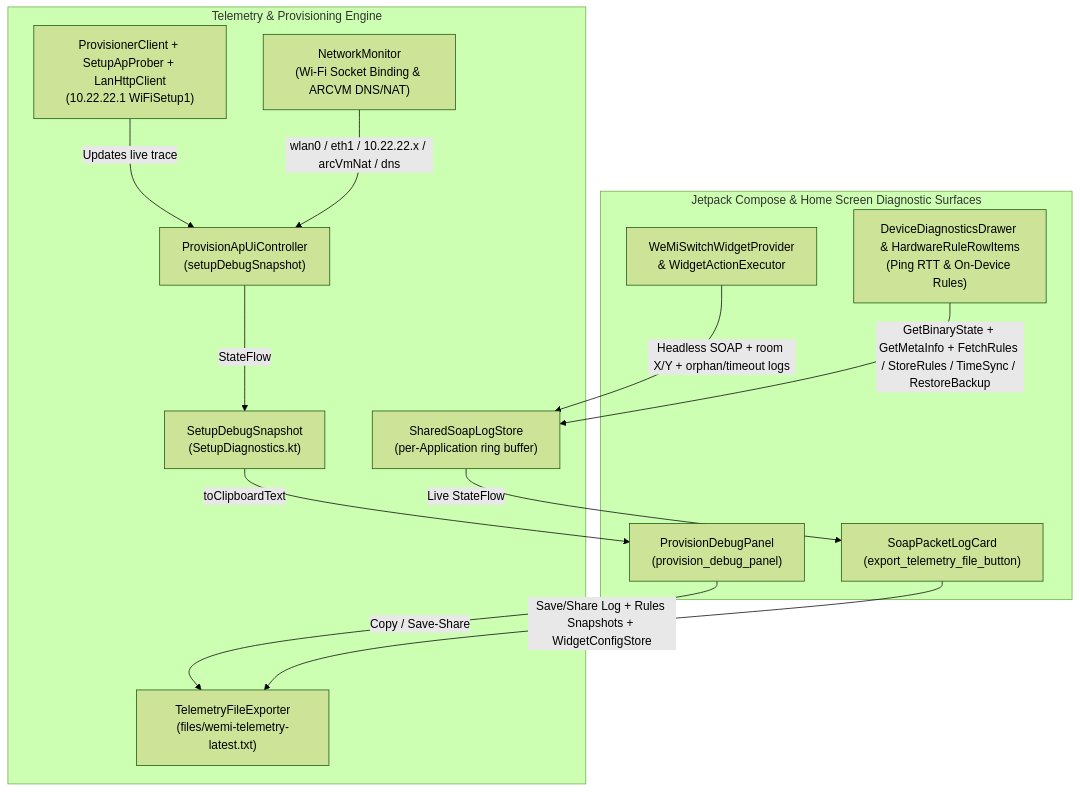
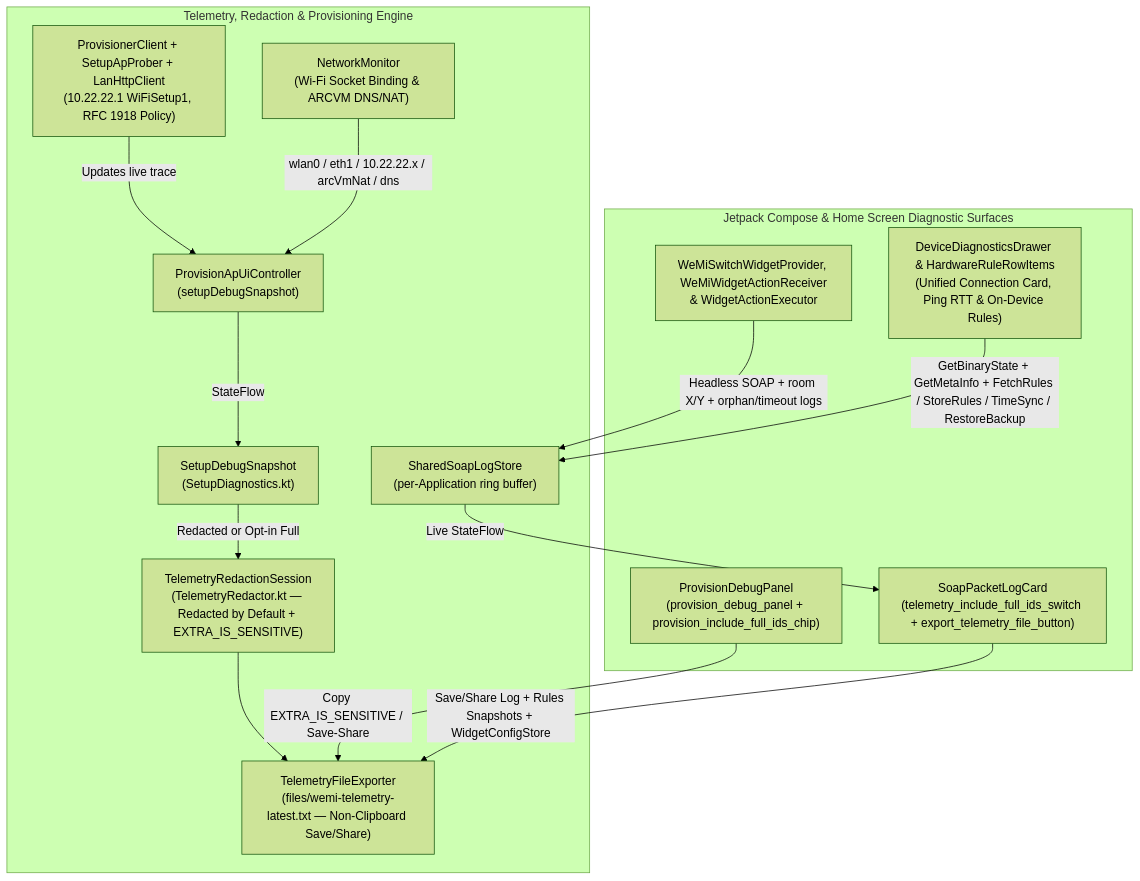
Before and after one commit to MichaelRHead/WeMi-light-control: the diagram in DEBUGGING_AND_SUPPORT.md, drawn with Mermaid (forest theme). The commit also changed other lines of this file and 20 other files, not shown here.

First line of the commit message:
fix(telemetry): harden redaction, reset cleanup, and v37 docs

````diff
--- a/DEBUGGING_AND_SUPPORT.md
+++ b/DEBUGGING_AND_SUPPORT.md
@@ -42,28 +45,30 @@
 ```mermaid
 flowchart TD
     subgraph UI["Jetpack Compose & Home Screen Diagnostic Surfaces"]
-        P["ProvisionDebugPanel\n(provision_debug_panel)"]
-        M["SoapPacketLogCard\n(export_telemetry_file_button)"]
-        D["DeviceDiagnosticsDrawer & HardwareRuleRowItems\n(Ping RTT & On-Device Rules)"]
-        W["WeMiSwitchWidgetProvider\n& WidgetActionExecutor"]
+        P["ProvisionDebugPanel\n(provision_debug_panel + provision_include_full_ids_chip)"]
+        M["SoapPacketLogCard\n(telemetry_include_full_ids_switch + export_telemetry_file_button)"]
+        D["DeviceDiagnosticsDrawer & HardwareRuleRowItems\n(Unified Connection Card, Ping RTT & On-Device Rules)"]
+        W["WeMiSwitchWidgetProvider, WeMiWidgetActionReceiver\n& WidgetActionExecutor"]
     end
 
-    subgraph Core["Telemetry & Provisioning Engine"]
+    subgraph Core["Telemetry, Redaction & Provisioning Engine"]
         U["ProvisionApUiController\n(setupDebugSnapshot)"]
         S["SetupDebugSnapshot\n(SetupDiagnostics.kt)"]
+        R["TelemetryRedactionSession\n(TelemetryRedactor.kt — Redacted by Default + EXTRA_IS_SENSITIVE)"]
         L["SharedSoapLogStore\n(per-Application ring buffer)"]
-        E["TelemetryFileExporter\n(files/wemi-telemetry-latest.txt)"]
-        C["ProvisionerClient + SetupApProber + LanHttpClient\n(10.22.22.1 WiFiSetup1)"]
+        E["TelemetryFileExporter\n(files/wemi-telemetry-latest.txt — Non-Clipboard Save/Share)"]
+        C["ProvisionerClient + SetupApProber + LanHttpClient\n(10.22.22.1 WiFiSetup1, RFC 1918 Policy)"]
         N["NetworkMonitor\n(Wi-Fi Socket Binding & ARCVM DNS/NAT)"]
     end
 
     C -->|Updates live trace| U
     N -->|wlan0 / eth1 / 10.22.22.x / arcVmNat / dns| U
     U -->|StateFlow| S
-    S -->|toClipboardText| P
+    S -->|Redacted or Opt-in Full| R
     W -->|Headless SOAP + room X/Y + orphan/timeout logs| L
     L -->|Live StateFlow| M
-    P -->|Copy / Save-Share| E
+    R --> E
+    P -->|Copy EXTRA_IS_SENSITIVE / Save-Share| E
     M -->|Save/Share Log + Rules Snapshots + WidgetConfigStore| E
     D -->|GetBinaryState + GetMetaInfo + FetchRules / StoreRules / TimeSync / RestoreBackup| L
 ```
````
